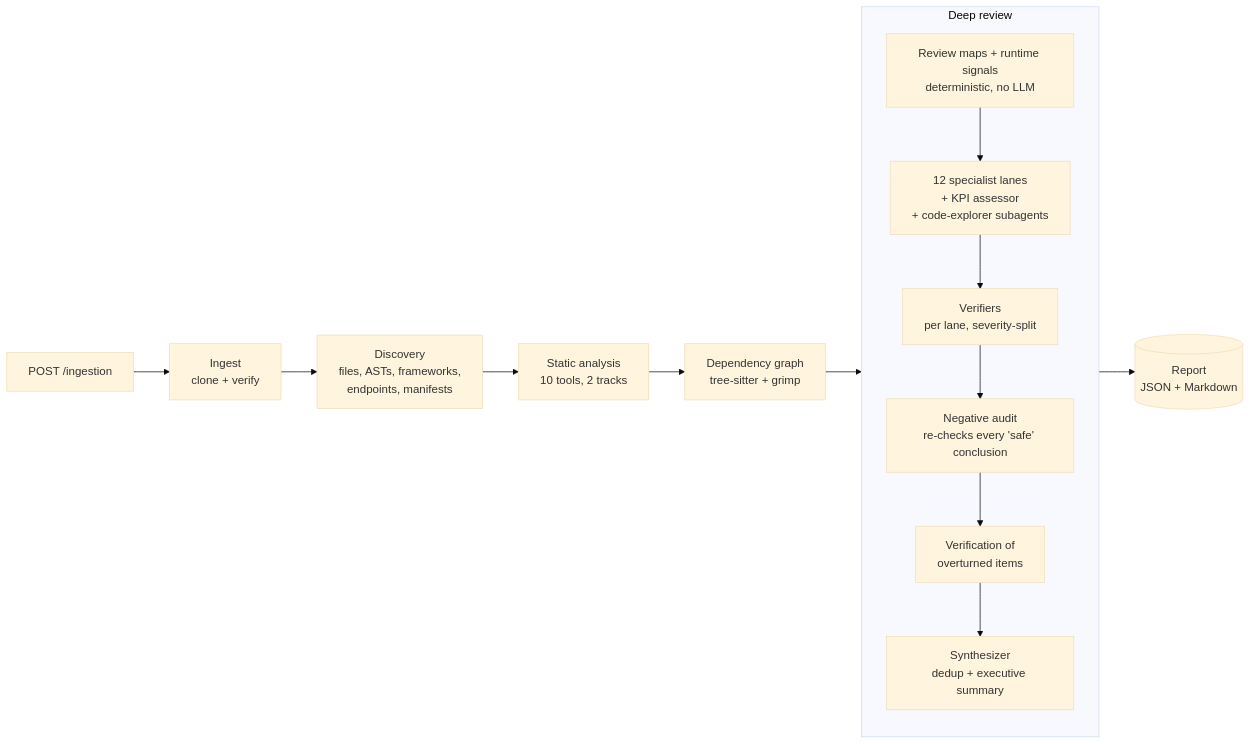
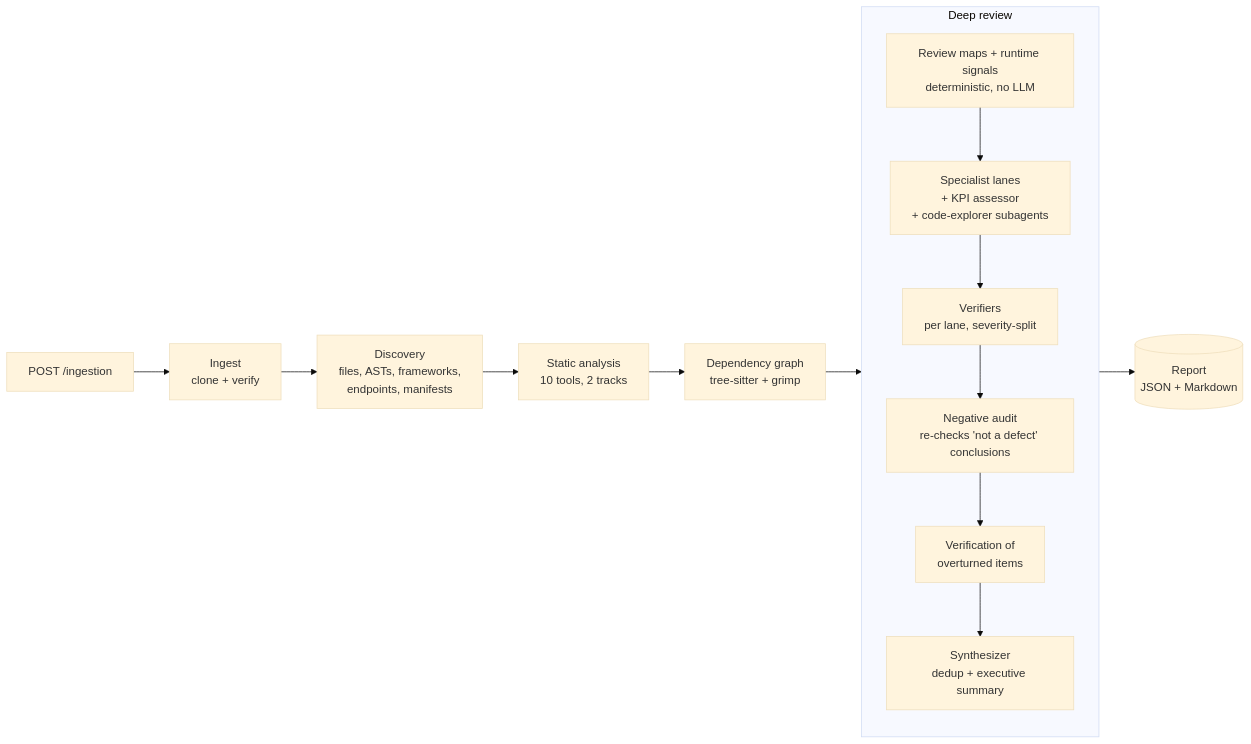
One commit to ayasserrr/CodeReviewer changed the diagram in README.md. Above: the diagram before and after it, drawn with Mermaid (base theme). The commit also changed other lines of this file and 5 other files, not shown here.

Commit message:
feat: frontend lane on by default with a switch to stop it; docs: rewrite readme as full flow and architecture

````diff
--- a/README.md
+++ b/README.md
@@ -41,18 +44,18 @@
 ```mermaid
 flowchart LR
     A[POST /ingestion] --> B[Ingest<br/>clone + verify]
     B --> C[Discovery<br/>files, ASTs, frameworks,<br/>endpoints, manifests]
     C --> D[Static analysis<br/>10 tools, 2 tracks]
     D --> E[Dependency graph<br/>tree-sitter + grimp]
     E --> F[Deep review]
     F --> G[(Report<br/>JSON + Markdown)]
 
     subgraph F[Deep review]
       direction TB
-      M[Review maps + runtime signals<br/>deterministic, no LLM] --> S[12 specialist lanes<br/>+ KPI assessor<br/>+ code-explorer subagents]
+      M[Review maps + runtime signals<br/>deterministic, no LLM] --> S[Specialist lanes<br/>+ KPI assessor<br/>+ code-explorer subagents]
       S --> V[Verifiers<br/>per lane, severity-split]
-      V --> N[Negative audit<br/>re-checks every 'safe' conclusion]
+      V --> N[Negative audit<br/>re-checks 'not a defect' conclusions]
       N --> V2[Verification of<br/>overturned items]
       V2 --> Y[Synthesizer<br/>dedup + executive summary]
     end
 ```
````
